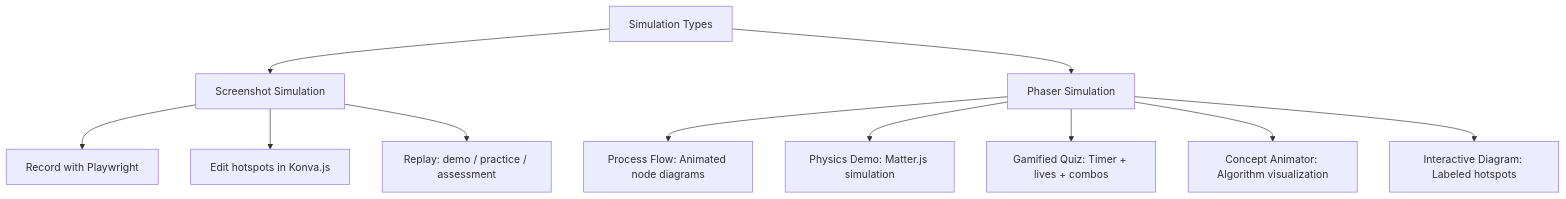
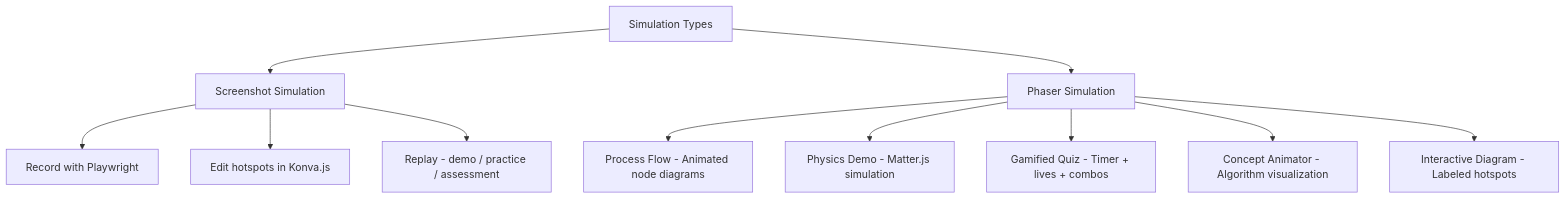
Before and after one commit to canocampus/elearn-studio: the third of 3 diagrams in README.md, drawn with Mermaid. The commit also changed other lines of this file, not shown here.

First line of the commit message:
fix(docs): make Mermaid diagrams compatible with Mermaid 8.x

````diff
--- a/README.md
+++ b/README.md
@@ -158,15 +156,15 @@
 ```mermaid
 graph TD
   SIM[Simulation Types] --> SS[Screenshot Simulation]
   SIM --> PS[Phaser Simulation]
 
   SS --> SS1[Record with Playwright]
-  SS --> SS2[Edit hotspots in Konva.js]
-  SS --> SS3[Replay: demo / practice / assessment]
+  SS --> SS2["Edit hotspots in Konva.js"]
+  SS --> SS3["Replay - demo / practice / assessment"]
 
-  PS --> PS1[Process Flow: Animated node diagrams]
-  PS --> PS2[Physics Demo: Matter.js simulation]
-  PS --> PS3[Gamified Quiz: Timer + lives + combos]
-  PS --> PS4[Concept Animator: Algorithm visualization]
-  PS --> PS5[Interactive Diagram: Labeled hotspots]
+  PS --> PS1[Process Flow - Animated node diagrams]
+  PS --> PS2["Physics Demo - Matter.js simulation"]
+  PS --> PS3[Gamified Quiz - Timer + lives + combos]
+  PS --> PS4[Concept Animator - Algorithm visualization]
+  PS --> PS5[Interactive Diagram - Labeled hotspots]
 ```
````
